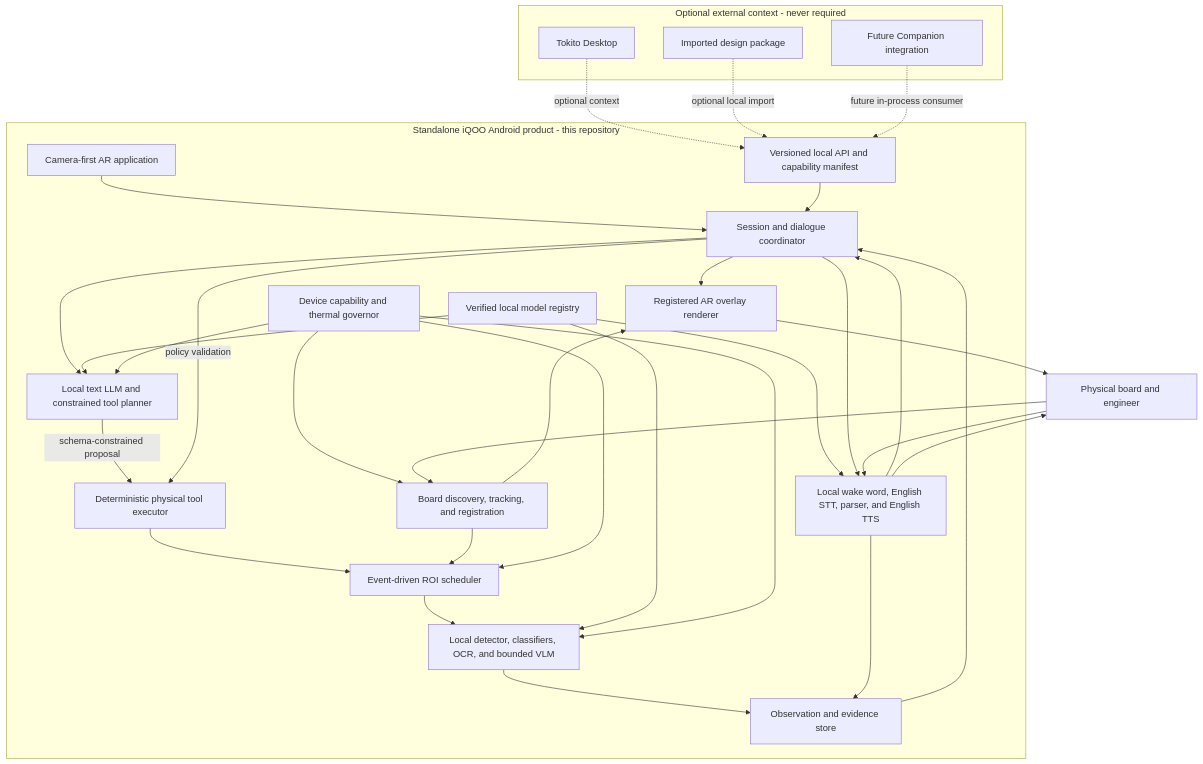
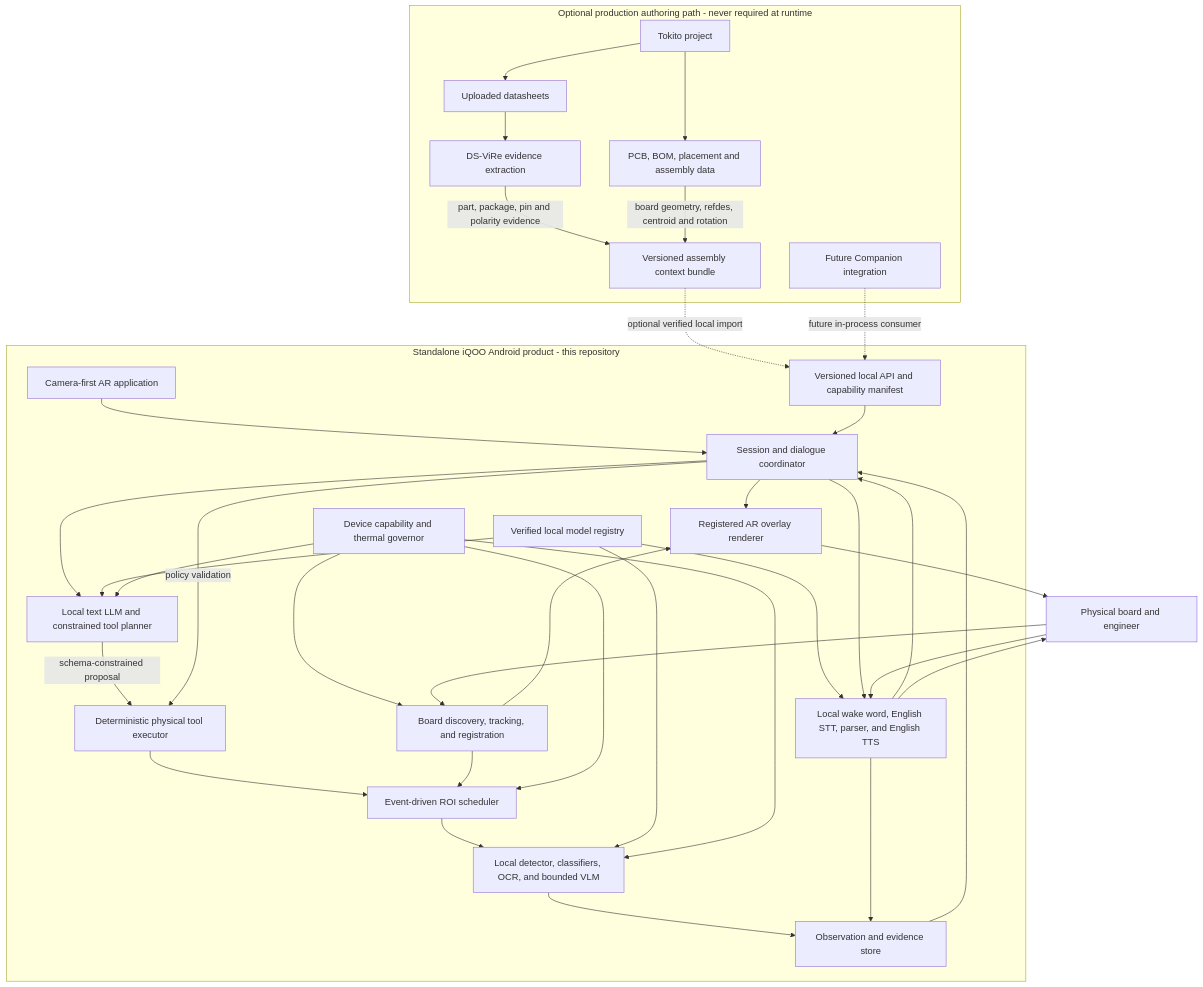
The diagram in docs/ARCHITECTURE.md (TokitoAI/tokito-app), drawn with Mermaid before and after one commit. The commit also changed other lines of this file and 8 other files, not shown here.

````diff
--- a/docs/ARCHITECTURE.md
+++ b/docs/ARCHITECTURE.md
@@ -5,56 +5,63 @@
 ```mermaid
 flowchart TB
-    subgraph Optional[Optional external context - never required]
-        Desktop[Tokito Desktop]
-        Design[Imported design package]
+    subgraph Authoring[Optional production authoring path - never required at runtime]
+        Desktop[Tokito project]
+        Datasheets[Uploaded datasheets]
+        DSVire[DS-ViRe evidence extraction]
+        Design[PCB, BOM, placement and assembly data]
+        Bundle[Versioned assembly context bundle]
         FutureCompanion[Future Companion integration]
     end
 
     subgraph Product[Standalone iQOO Android product - this repository]
         App[Camera-first AR application]
         API[Versioned local API and capability manifest]
         Session[Session and dialogue coordinator]
         LLM[Local text LLM and constrained tool planner]
         Camera[Board discovery, tracking, and registration]
         ROI[Event-driven ROI scheduler]
         Vision[Local detector, classifiers, OCR, and bounded VLM]
         Audio[Local wake word, English STT, parser, and English TTS]
         Tools[Deterministic physical tool executor]
         Evidence[Observation and evidence store]
         Models[Verified local model registry]
         Device[Device capability and thermal governor]
         Overlay[Registered AR overlay renderer]
     end
 
     Board[Physical board and engineer]
 
-    Desktop -.->|optional context| API
-    Design -.->|optional local import| API
+    Desktop --> Design
+    Desktop --> Datasheets
+    Datasheets --> DSVire
+    DSVire -->|part, package, pin and polarity evidence| Bundle
+    Design -->|board geometry, refdes, centroid and rotation| Bundle
+    Bundle -.->|optional verified local import| API
     FutureCompanion -.->|future in-process consumer| API
     App --> Session
     API --> Session
     Session --> LLM
     LLM -->|schema-constrained proposal| Tools
     Session -->|policy validation| Tools
     Tools --> ROI
     ROI --> Vision
     Camera --> ROI
     Camera --> Overlay
     Audio --> Session
     Models --> Vision
     Models --> Audio
     Models --> LLM
     Device --> Camera
     Device --> ROI
     Device --> Vision
     Device --> LLM
     Vision --> Evidence
     Audio --> Evidence
     Evidence --> Session
     Session --> Overlay
     Session --> Audio
     Board --> Camera
     Board --> Audio
     Overlay --> Board
     Audio --> Board
 ```
````
